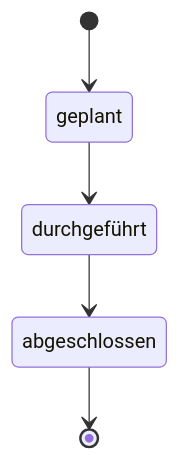
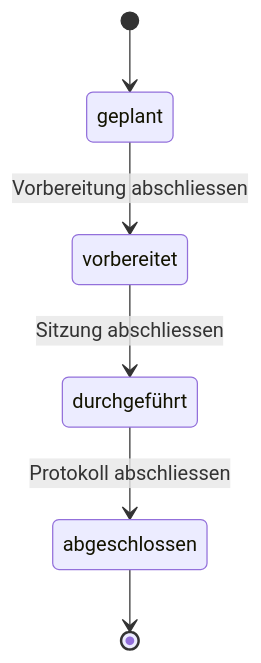
The diagram in docs-site/docs/benutzer/protokolle.md (FrissBrot/hocX), drawn with Mermaid before and after one commit. The commit also changed other lines of this file and 382 other files, not shown here.

````diff
--- a/docs-site/docs/benutzer/protokolle.md
+++ b/docs-site/docs/benutzer/protokolle.md
@@ -5,7 +30,8 @@
 ```mermaid
 stateDiagram-v2
     [*] --> geplant
-    geplant --> durchgeführt
-    durchgeführt --> abgeschlossen
+    geplant --> vorbereitet: Vorbereitung abschliessen
+    vorbereitet --> durchgeführt: Sitzung abschliessen
+    durchgeführt --> abgeschlossen: Protokoll abschliessen
     abgeschlossen --> [*]
 ```
````
